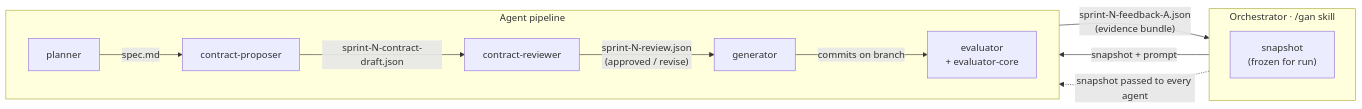
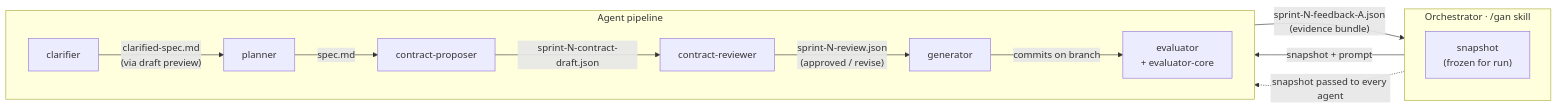
The first of 5 diagrams in documentation/agent-layer.md (Thomas-AppForceOne/ClaudeAgents), drawn with Mermaid before and after one commit. The commit also changed other lines of this file and 31 other files, not shown here.

First line of the commit message:
E5: spec clarification phase (gan-clarifier) (#30)

````diff
--- a/documentation/agent-layer.md
+++ b/documentation/agent-layer.md
@@ -8,25 +8,27 @@
 ```mermaid
 flowchart LR
     subgraph ORCH["Orchestrator · /gan skill"]
         direction TB
         SK["snapshot\n(frozen for run)"]
     end
 
     subgraph PIPELINE["Agent pipeline"]
         direction LR
+        CL["clarifier"]
         PL["planner"]
         CP["contract-proposer"]
         CR["contract-reviewer"]
         GN["generator"]
         EV["evaluator\n+ evaluator-core"]
     end
 
+    CL -->|"clarified-spec.md\n(via draft preview)"| PL
     PL -->|"spec.md"| CP
     CP -->|"sprint-N-contract-draft.json"| CR
     CR -->|"sprint-N-review.json\n(approved / revise)"| GN
     GN -->|"commits on branch"| EV
     EV -->|"sprint-N-feedback-A.json\n(evidence bundle)"| ORCH
 
-    ORCH -->|"snapshot + prompt"| PL
+    ORCH -->|"snapshot + prompt"| CL
     ORCH -.->|"snapshot passed to every agent"| PIPELINE
 ```
````
